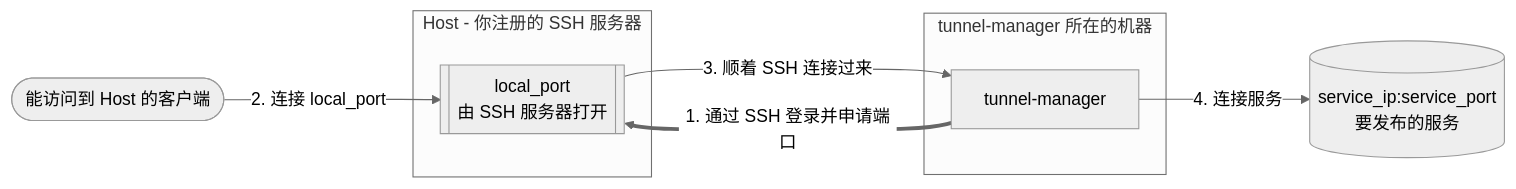
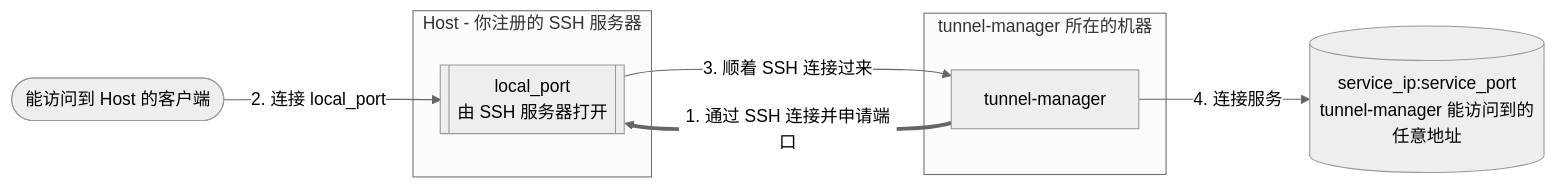
One commit to jollaman999/tunnel-manager changed the diagram in docs/README.zh.md. Above: the diagram before and after it, drawn with Mermaid (neutral theme). The commit also changed other lines of this file, not shown here.

````diff
--- a/docs/README.zh.md
+++ b/docs/README.zh.md
@@ -12,16 +13,16 @@
 ```mermaid
 flowchart LR
     client(["能访问到 Host 的客户端"])
     subgraph host ["Host - 你注册的 SSH 服务器"]
         port[["local_port<br/>由 SSH 服务器打开"]]
     end
     subgraph here ["tunnel-manager 所在的机器"]
         tm["tunnel-manager"]
     end
-    service[("service_ip:service_port<br/>要发布的服务")]
+    service[("service_ip:service_port<br/>tunnel-manager 能访问到的任意地址")]
 
-    tm ==>|"1. 通过 SSH 登录并申请端口"| port
+    tm ==>|"1. 通过 SSH 连接并申请端口"| port
     client -->|"2. 连接 local_port"| port
     port -->|"3. 顺着 SSH 连接过来"| tm
     tm -->|"4. 连接服务"| service
 ```
````
